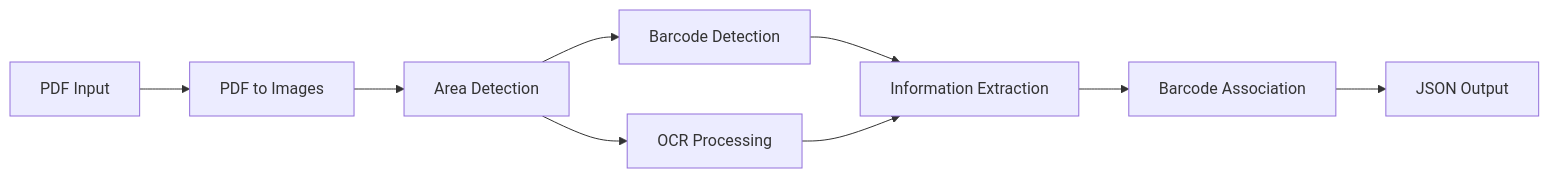
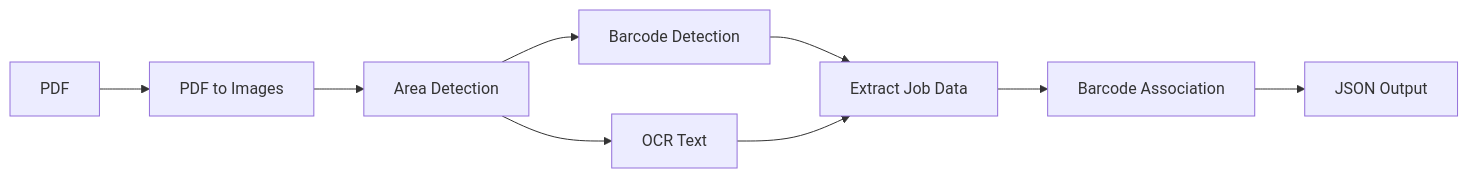
The diagram in README.md (COGNIMANEU/pilot03-service-job-card-extractor), drawn with Mermaid before and after one commit. The commit also changed other lines of this file and 1 other file, not shown here.

````diff
--- a/README.md
+++ b/README.md
@@ -25,10 +159,10 @@
 ```mermaid
 flowchart LR
-    A[PDF Input] --> B[PDF to Images]
+    A[PDF] --> B[PDF to Images]
     B --> C[Area Detection]
     C --> D[Barcode Detection]
-    C --> E[OCR Processing]
-    D & E --> F[Information Extraction]
+    C --> E[OCR Text]
+    D & E --> F[Extract Job Data]
     F --> G[Barcode Association]
     G --> H[JSON Output]
 ```
````
